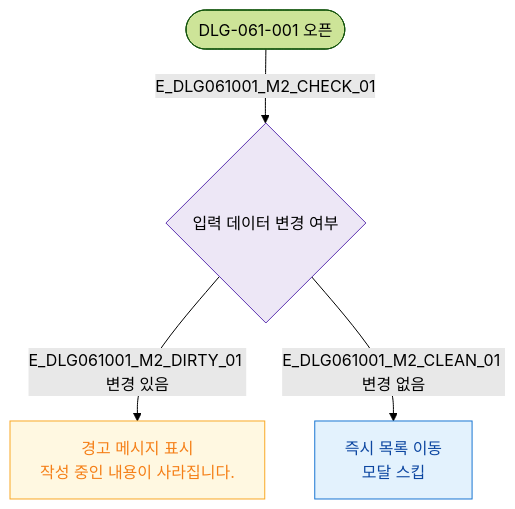
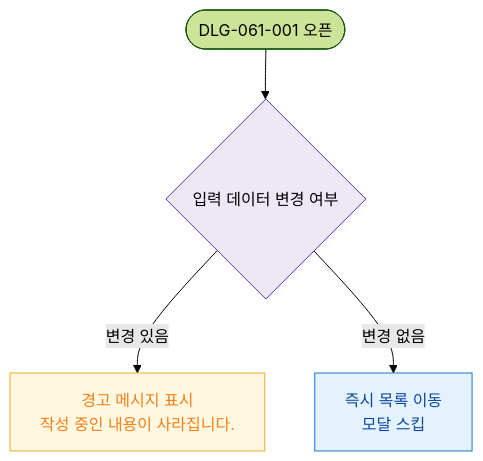
The diagram in docs/다이어그램/D07_직원관리/DLG/DLG-061-001/M2_필드검증.md (dev-spogym/admin-pando), drawn with Mermaid (forest theme) before and after one commit. The commit also changed other lines of this file and 1660 other files, not shown here.

First line of the commit message:
다이어그램: 기획자/클라이언트 납품본으로 정리

````diff
--- a/docs/다이어그램/D07_직원관리/DLG/DLG-061-001/M2_필드검증.md
+++ b/docs/다이어그램/D07_직원관리/DLG/DLG-061-001/M2_필드검증.md
@@ -14,16 +12,16 @@
 ```mermaid
 flowchart TD
   OPEN([DLG-061-001 오픈])
-  OPEN -->|E_DLG061001_M2_CHECK_01| CHECK{입력 데이터 변경 여부}
+  OPEN --> CHECK{입력 데이터 변경 여부}
 
-  CHECK -->|E_DLG061001_M2_DIRTY_01 변경 있음| SHOW_WARNING[경고 메시지 표시\n작성 중인 내용이 사라집니다.]
-  CHECK -->|E_DLG061001_M2_CLEAN_01 변경 없음| DIRECT_CLOSE[즉시 목록 이동\n모달 스킵]
+  CHECK -->|변경 있음|SHOW_WARNING[경고 메시지 표시\n작성 중인 내용이 사라집니다.]
+  CHECK -->|변경 없음|DIRECT_CLOSE[즉시 목록 이동\n모달 스킵]
 
   classDef warning fill:#FFF8E1,stroke:#F9A825,color:#F57F17
-  classDef system  fill:#EDE7F6,stroke:#5E35B2
-  classDef screen  fill:#E3F2FD,stroke:#1976D2,color:#0D47A1
+  classDef system fill:#EDE7F6,stroke:#5E35B2
+  classDef screen fill:#E3F2FD,stroke:#1976D2,color:#0D47A1
 
   class SHOW_WARNING warning
   class CHECK system
   class DIRECT_CLOSE screen
 ```
````
